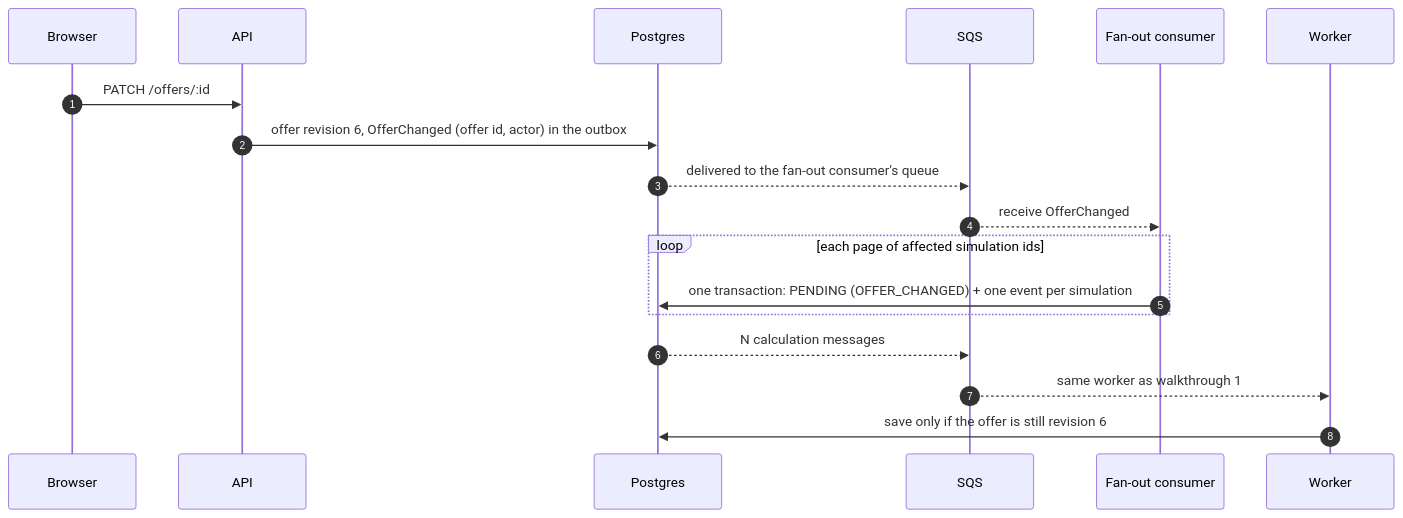
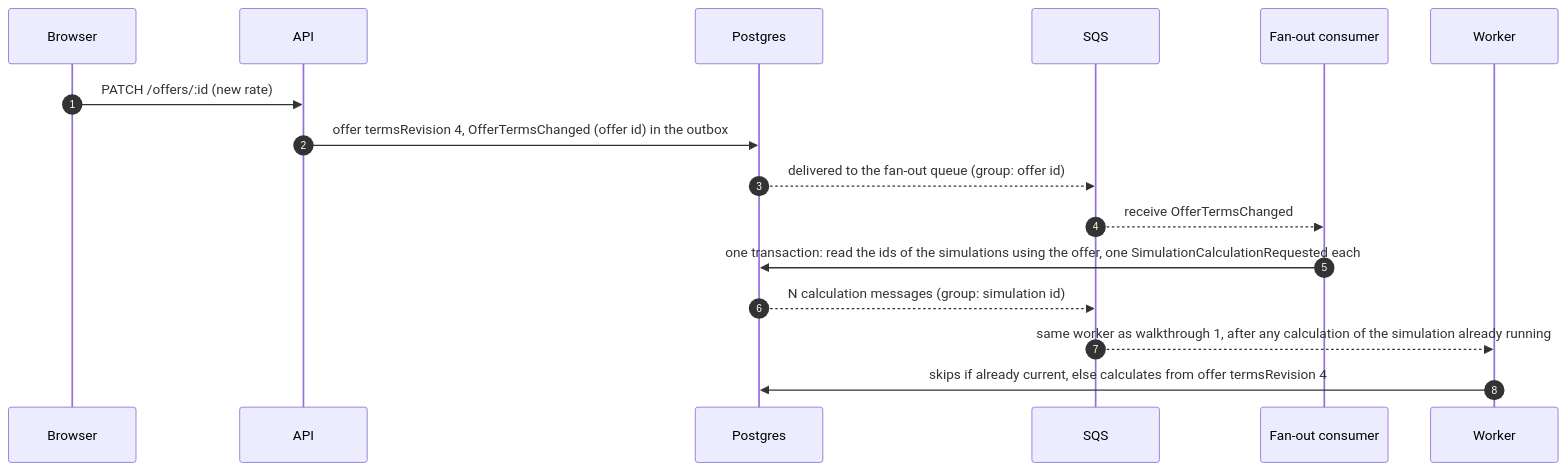
One commit to Diogo-NB/investflow changed the eighth of 9 diagrams in docs/architecture/event-flow.md. Above: the diagram before and after it, drawn with Mermaid. The commit also changed other lines of this file and 6 other files, not shown here.

````diff
--- a/docs/architecture/event-flow.md
+++ b/docs/architecture/event-flow.md
@@ -267,21 +272,19 @@
 ```mermaid
 sequenceDiagram
   autonumber
   participant B as Browser
   participant A as API
   participant DB as Postgres
   participant Q as SQS
   participant F as Fan-out consumer
   participant W as Worker
 
-  B->>A: PATCH /offers/:id
-  A->>DB: offer revision 6, OfferChanged (offer id, actor) in the outbox
-  DB-->>Q: delivered to the fan-out consumer's queue
-  Q-->>F: receive OfferChanged
-  loop each page of affected simulation ids
-    F->>DB: one transaction: PENDING (OFFER_CHANGED) + one event per simulation
-  end
-  DB-->>Q: N calculation messages
-  Q-->>W: same worker as walkthrough 1
-  W->>DB: save only if the offer is still revision 6
+  B->>A: PATCH /offers/:id (new rate)
+  A->>DB: offer termsRevision 4, OfferTermsChanged (offer id) in the outbox
+  DB-->>Q: delivered to the fan-out queue (group: offer id)
+  Q-->>F: receive OfferTermsChanged
+  F->>DB: one transaction: read the ids of the simulations using the offer, one SimulationCalculationRequested each
+  DB-->>Q: N calculation messages (group: simulation id)
+  Q-->>W: same worker as walkthrough 1, after any calculation of the simulation already running
+  W->>DB: skips if already current, else calculates from offer termsRevision 4
 ```
````
